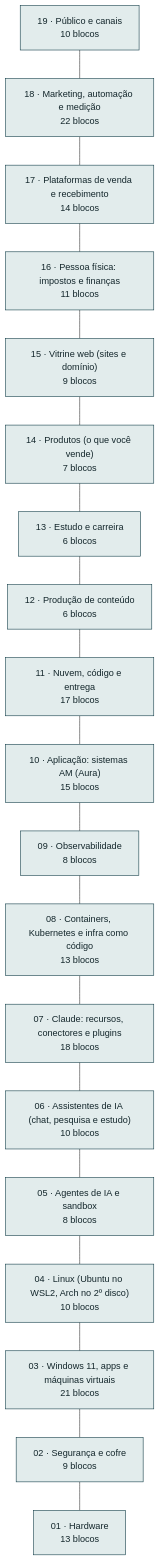
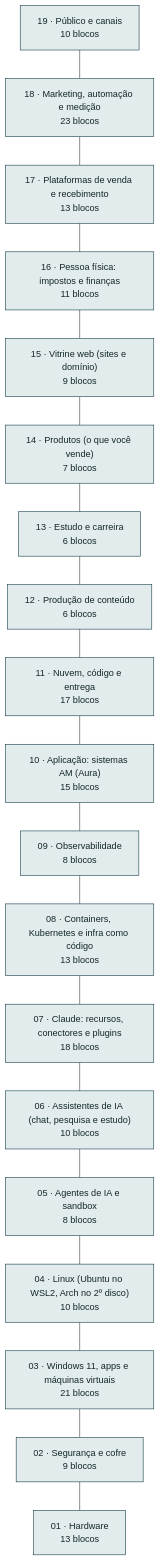
Before and after one commit to AlanMateus17/dev-setup: the diagram in docs/arquitetura.md, drawn with Mermaid. The commit also changed other lines of this file and 10 other files, not shown here.

````diff
--- a/docs/arquitetura.md
+++ b/docs/arquitetura.md
@@ -10,42 +10,42 @@
 ```mermaid
 flowchart TB
   L_pub["19 · Público e canais<br/>10 blocos"]
-  L_mkt["18 · Marketing, automação e medição<br/>22 blocos"]
-  L_venda["17 · Plataformas de venda e recebimento<br/>14 blocos"]
+  L_mkt["18 · Marketing, automação e medição<br/>23 blocos"]
+  L_venda["17 · Plataformas de venda e recebimento<br/>13 blocos"]
   L_emp["16 · Pessoa física: impostos e finanças<br/>11 blocos"]
   L_web["15 · Vitrine web (sites e domínio)<br/>9 blocos"]
   L_prod["14 · Produtos (o que você vende)<br/>7 blocos"]
   L_est["13 · Estudo e carreira<br/>6 blocos"]
   L_cont["12 · Produção de conteúdo<br/>6 blocos"]
   L_nuvem["11 · Nuvem, código e entrega<br/>17 blocos"]
   L_app["10 · Aplicação: sistemas AM (Aura)<br/>15 blocos"]
   L_obs["09 · Observabilidade<br/>8 blocos"]
   L_cnt["08 · Containers, Kubernetes e infra como código<br/>13 blocos"]
   L_clc["07 · Claude: recursos, conectores e plugins<br/>18 blocos"]
   L_chat["06 · Assistentes de IA (chat, pesquisa e estudo)<br/>10 blocos"]
   L_ia["05 · Agentes de IA e sandbox<br/>8 blocos"]
   L_lin["04 · Linux (Ubuntu no WSL2, Arch no 2º disco)<br/>10 blocos"]
   L_win["03 · Windows 11, apps e máquinas virtuais<br/>21 blocos"]
   L_seg["02 · Segurança e cofre<br/>9 blocos"]
   L_hw["01 · Hardware<br/>13 blocos"]
   L_pub --- L_mkt
   L_mkt --- L_venda
   L_venda --- L_emp
   L_emp --- L_web
   L_web --- L_prod
   L_prod --- L_est
   L_est --- L_cont
   L_cont --- L_nuvem
   L_nuvem --- L_app
   L_app --- L_obs
   L_obs --- L_cnt
   L_cnt --- L_clc
   L_clc --- L_chat
   L_chat --- L_ia
   L_ia --- L_lin
   L_lin --- L_win
   L_win --- L_seg
   L_seg --- L_hw
   classDef cam fill:#e2ecec,stroke:#0e3a45,color:#13262b
   class L_pub,L_mkt,L_venda,L_emp,L_web,L_prod,L_est,L_cont,L_nuvem,L_app,L_obs,L_cnt,L_clc,L_chat,L_ia,L_lin,L_win,L_seg,L_hw cam
 ```
````
